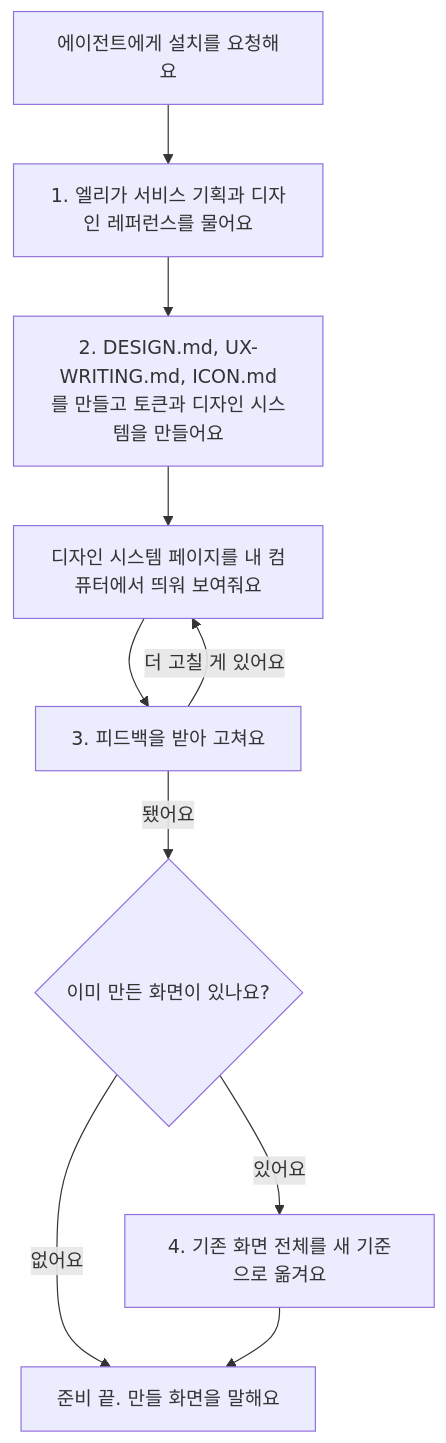
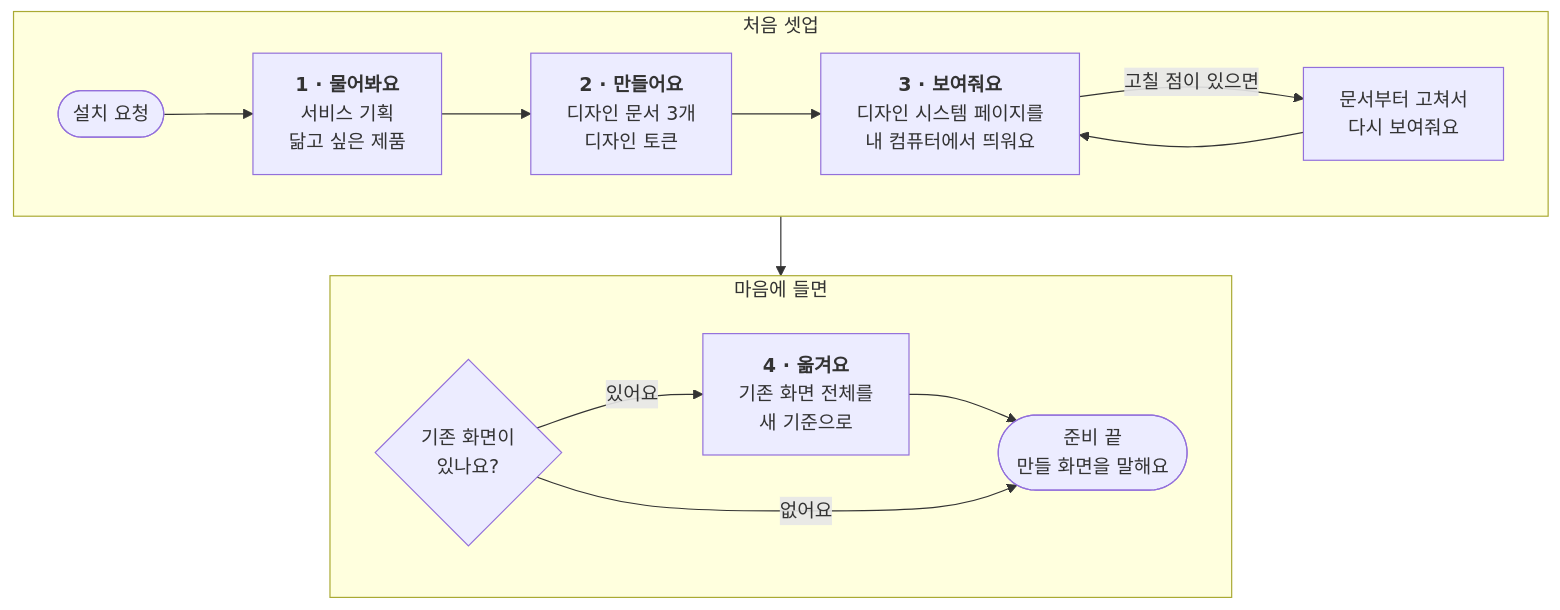
The diagram in README.md (ELI-LDS/ELI), drawn with Mermaid before and after one commit.

Commit message:
docs(readme): 엘리 합류 흐름 다이어그램을 두 줄 구조로 정리

````diff
--- a/README.md
+++ b/README.md
@@ -44,12 +44,18 @@
 ```mermaid
-flowchart TD
-  Start["에이전트에게 설치를 요청해요"] --> Ask["1. 엘리가 서비스 기획과 디자인 레퍼런스를 물어요"]
-  Ask --> Make["2. DESIGN.md, UX-WRITING.md, ICON.md를 만들고 토큰과 디자인 시스템을 만들어요"]
-  Make --> Show["디자인 시스템 페이지를 내 컴퓨터에서 띄워 보여줘요"]
-  Show --> Feedback["3. 피드백을 받아 고쳐요"]
-  Feedback -->|"더 고칠 게 있어요"| Show
-  Feedback -->|"됐어요"| Check{"이미 만든 화면이 있나요?"}
-  Check -->|"없어요"| Done["준비 끝. 만들 화면을 말해요"]
-  Check -->|"있어요"| Refactor["4. 기존 화면 전체를 새 기준으로 옮겨요"]
-  Refactor --> Done
+flowchart TB
+  subgraph R1["처음 셋업"]
+    direction LR
+    A(["설치 요청"]) --> B["<b>1 · 물어봐요</b><br/>서비스 기획<br/>닮고 싶은 제품"]
+    B --> C["<b>2 · 만들어요</b><br/>디자인 문서 3개<br/>디자인 토큰"]
+    C --> D["<b>3 · 보여줘요</b><br/>디자인 시스템 페이지를<br/>내 컴퓨터에서 띄워요"]
+    D -- "고칠 점이 있으면" --> E["문서부터 고쳐서<br/>다시 보여줘요"]
+    E --> D
+  end
+  subgraph R2["마음에 들면"]
+    direction LR
+    F{"기존 화면이<br/>있나요?"} -- "있어요" --> G["<b>4 · 옮겨요</b><br/>기존 화면 전체를<br/>새 기준으로"]
+    G --> H(["준비 끝<br/>만들 화면을 말해요"])
+    F -- "없어요" --> H
+  end
+  R1 --> R2
 ```
````
